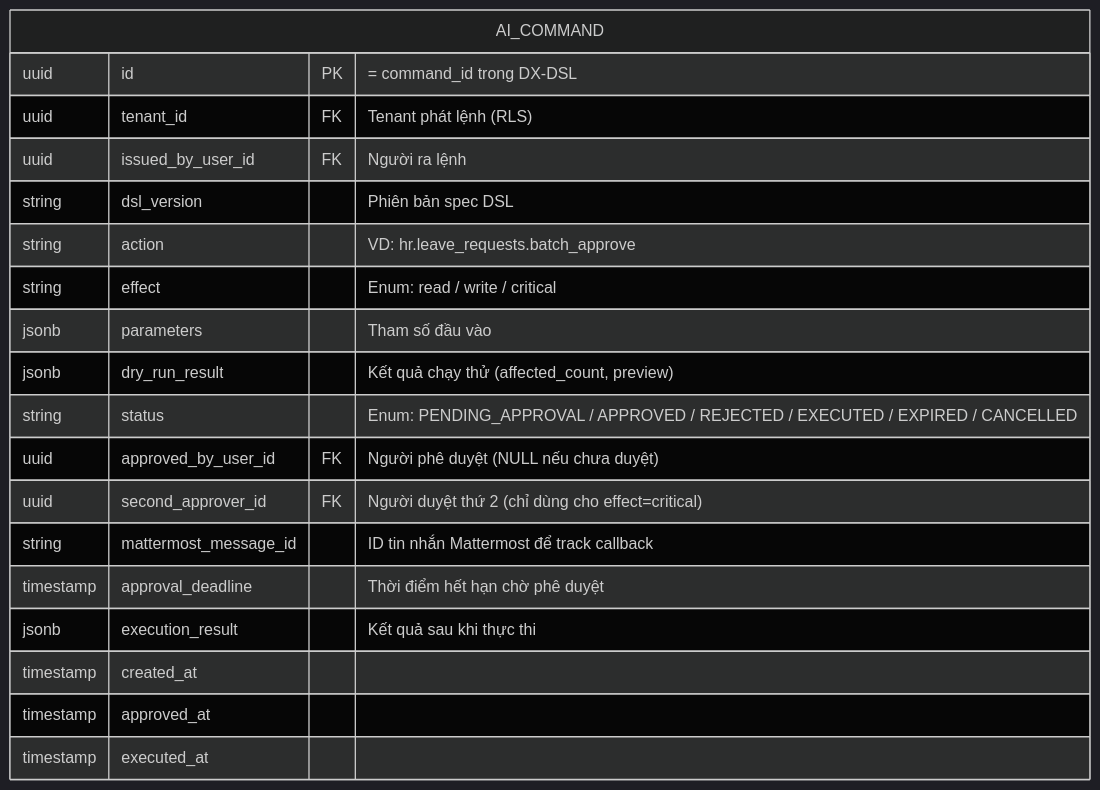
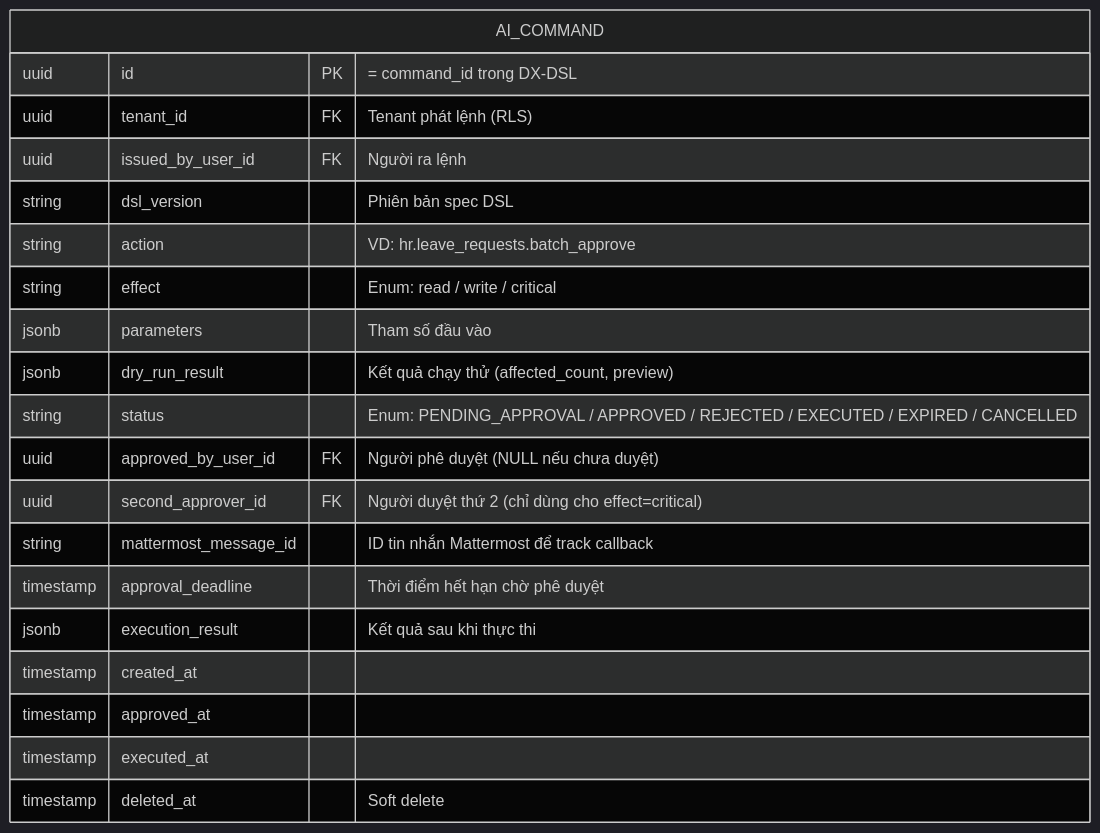
Before and after one commit to CuongKenn/ICTU_Proteus-os: the second of 3 diagrams in docs/erd.md, drawn with Mermaid (dark theme). The commit also changed other lines of this file and 4 other files, not shown here.

Commit message:
docs: sync erd.md, architecture.md, api-swagger.yaml and entities with codebase (#627)

````diff
--- a/docs/erd.md
+++ b/docs/erd.md
@@ -170,22 +191,23 @@
 ```mermaid
 erDiagram
     AI_COMMAND {
         uuid id PK "= command_id trong DX-DSL"
         uuid tenant_id FK "Tenant phát lệnh (RLS)"
         uuid issued_by_user_id FK "Người ra lệnh"
         string dsl_version "Phiên bản spec DSL"
         string action "VD: hr.leave_requests.batch_approve"
         string effect "Enum: read / write / critical"
         jsonb parameters "Tham số đầu vào"
         jsonb dry_run_result "Kết quả chạy thử (affected_count, preview)"
         string status "Enum: PENDING_APPROVAL / APPROVED / REJECTED / EXECUTED / EXPIRED / CANCELLED"
         uuid approved_by_user_id FK "Người phê duyệt (NULL nếu chưa duyệt)"
         uuid second_approver_id FK "Người duyệt thứ 2 (chỉ dùng cho effect=critical)"
         string mattermost_message_id "ID tin nhắn Mattermost để track callback"
         timestamp approval_deadline "Thời điểm hết hạn chờ phê duyệt"
         jsonb execution_result "Kết quả sau khi thực thi"
         timestamp created_at
         timestamp approved_at
         timestamp executed_at
+        timestamp deleted_at "Soft delete"
     }
 ```
````
